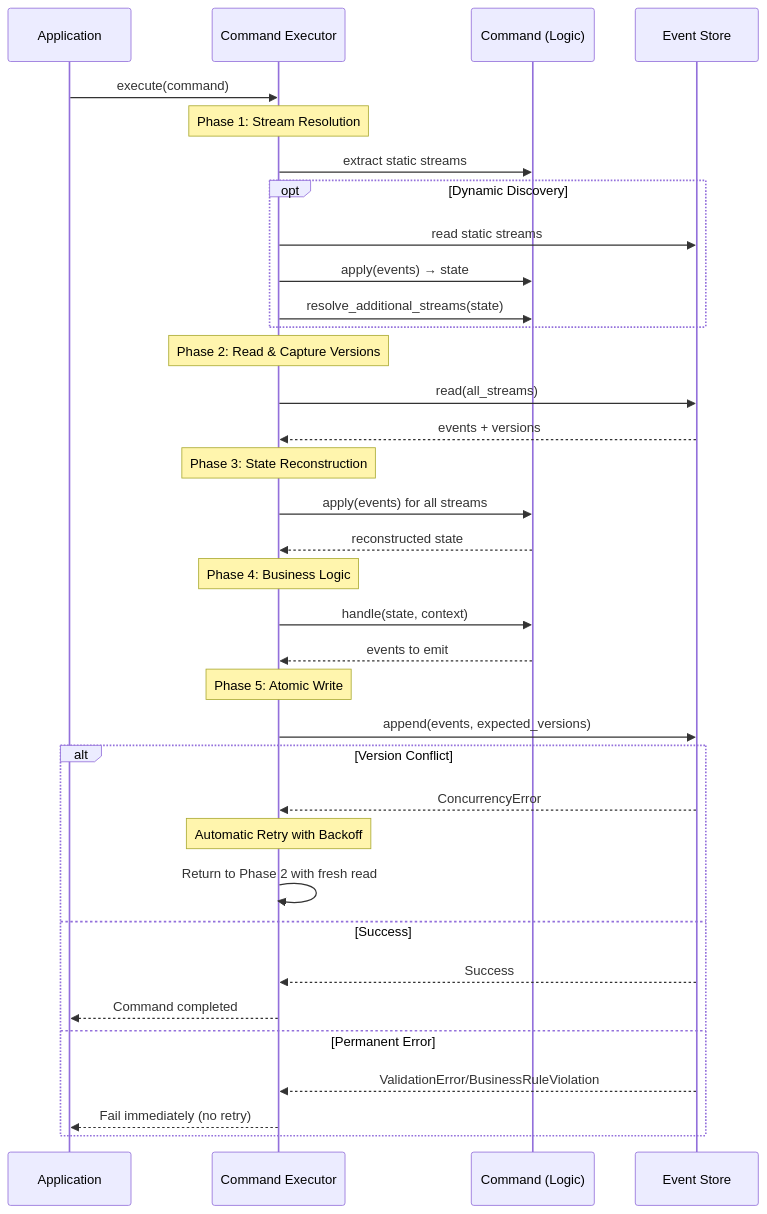
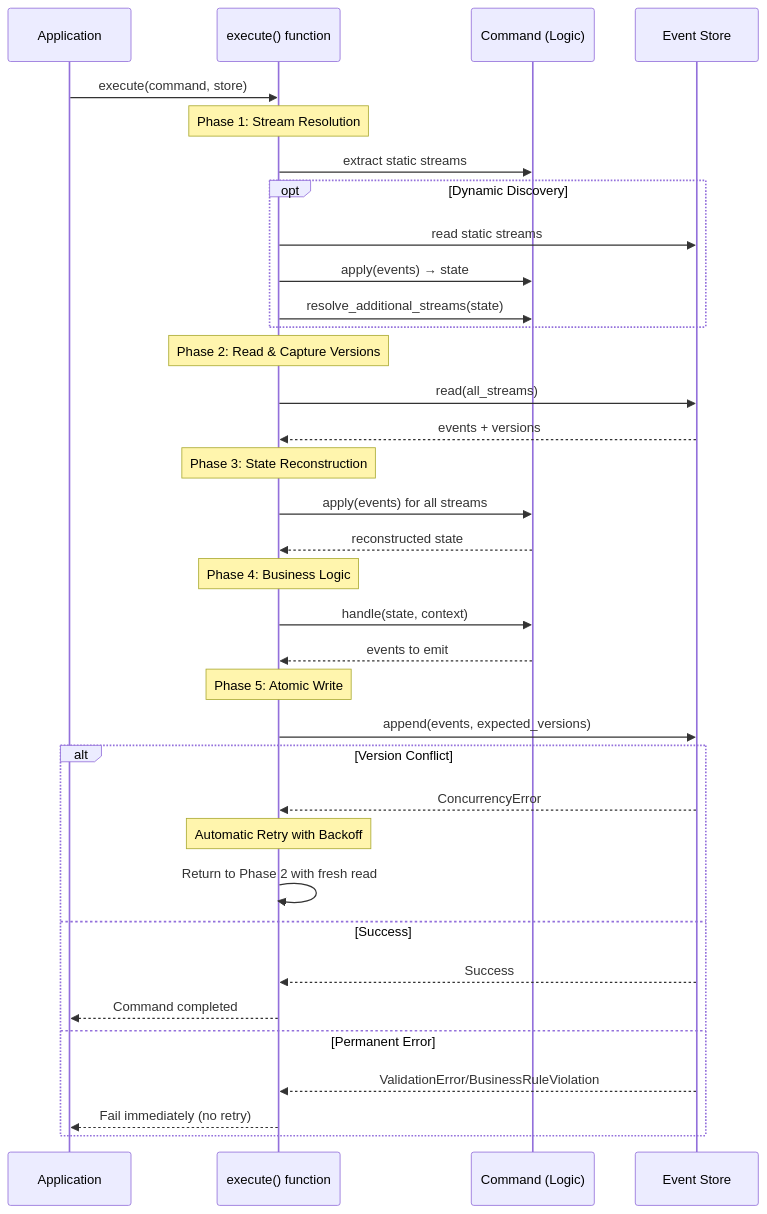
One commit to jwilger/eventcore changed the second of 5 diagrams in docs/ARCHITECTURE.md. Above: the diagram before and after it, drawn with Mermaid. The commit also changed other lines of this file and 1 other file, not shown here.

First line of the commit message:
feat: Add free function API design philosophy (ADR-010)

````diff
--- a/docs/ARCHITECTURE.md
+++ b/docs/ARCHITECTURE.md
@@ -155,44 +188,44 @@
 ```mermaid
 sequenceDiagram
     participant App as Application
-    participant Exec as Command Executor
+    participant ExecFn as execute() function
     participant Cmd as Command (Logic)
     participant Store as Event Store
 
-    App->>Exec: execute(command)
+    App->>ExecFn: execute(command, store)
 
-    Note over Exec: Phase 1: Stream Resolution
-    Exec->>Cmd: extract static streams
+    Note over ExecFn: Phase 1: Stream Resolution
+    ExecFn->>Cmd: extract static streams
     opt Dynamic Discovery
-        Exec->>Store: read static streams
-        Exec->>Cmd: apply(events) → state
-        Exec->>Cmd: resolve_additional_streams(state)
+        ExecFn->>Store: read static streams
+        ExecFn->>Cmd: apply(events) → state
+        ExecFn->>Cmd: resolve_additional_streams(state)
     end
 
-    Note over Exec: Phase 2: Read & Capture Versions
-    Exec->>Store: read(all_streams)
-    Store-->>Exec: events + versions
+    Note over ExecFn: Phase 2: Read & Capture Versions
+    ExecFn->>Store: read(all_streams)
+    Store-->>ExecFn: events + versions
 
-    Note over Exec: Phase 3: State Reconstruction
-    Exec->>Cmd: apply(events) for all streams
-    Cmd-->>Exec: reconstructed state
+    Note over ExecFn: Phase 3: State Reconstruction
+    ExecFn->>Cmd: apply(events) for all streams
+    Cmd-->>ExecFn: reconstructed state
 
-    Note over Exec: Phase 4: Business Logic
-    Exec->>Cmd: handle(state, context)
-    Cmd-->>Exec: events to emit
+    Note over ExecFn: Phase 4: Business Logic
+    ExecFn->>Cmd: handle(state, context)
+    Cmd-->>ExecFn: events to emit
 
-    Note over Exec: Phase 5: Atomic Write
-    Exec->>Store: append(events, expected_versions)
+    Note over ExecFn: Phase 5: Atomic Write
+    ExecFn->>Store: append(events, expected_versions)
 
     alt Version Conflict
-        Store-->>Exec: ConcurrencyError
-        Note over Exec: Automatic Retry with Backoff
-        Exec->>Exec: Return to Phase 2 with fresh read
+        Store-->>ExecFn: ConcurrencyError
+        Note over ExecFn: Automatic Retry with Backoff
+        ExecFn->>ExecFn: Return to Phase 2 with fresh read
     else Success
-        Store-->>Exec: Success
-        Exec-->>App: Command completed
+        Store-->>ExecFn: Success
+        ExecFn-->>App: Command completed
     else Permanent Error
-        Store-->>Exec: ValidationError/BusinessRuleViolation
-        Exec-->>App: Fail immediately (no retry)
+        Store-->>ExecFn: ValidationError/BusinessRuleViolation
+        ExecFn-->>App: Fail immediately (no retry)
     end
 ```
````
